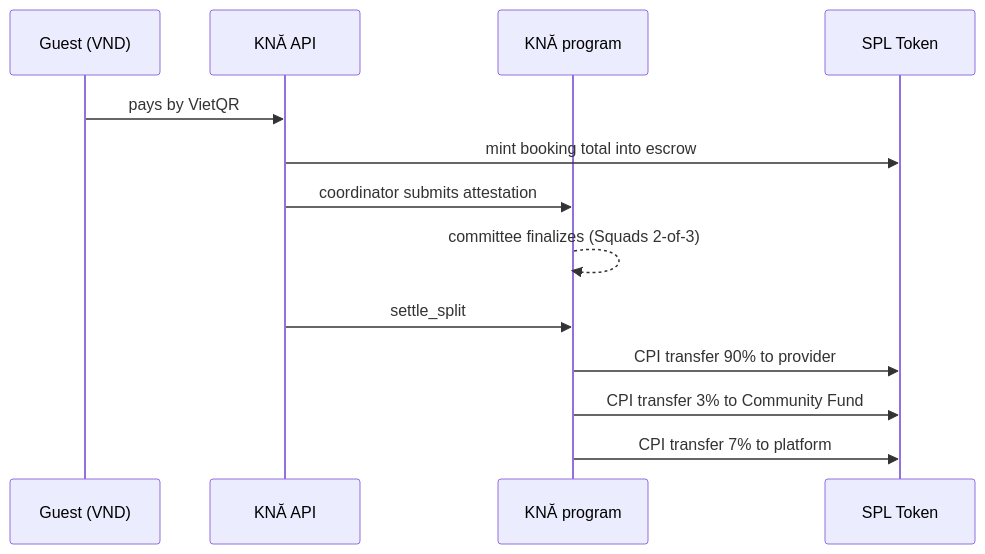
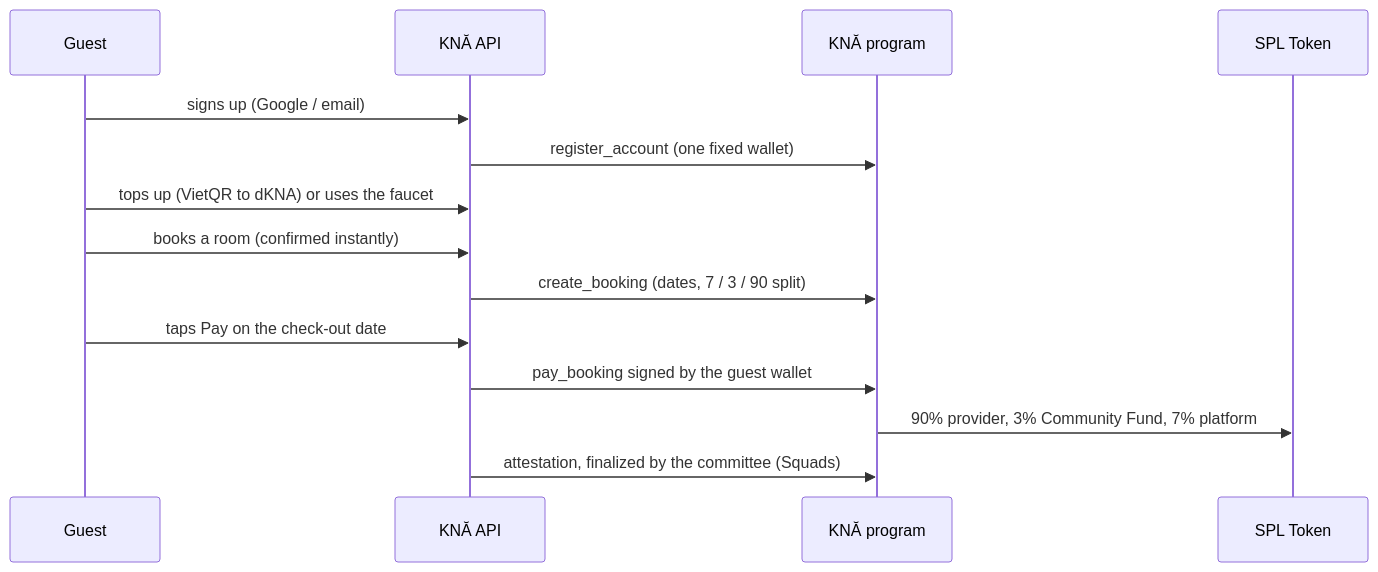
Before and after one commit to diutnh26/kna: the diagram in docs/DEPLOY-TRACK2.md, drawn with Mermaid. The commit also changed other lines of this file and 24 other files, not shown here.

First line of the commit message:
feat(chain): accounts, bookings and payment at check-out replace the escrow

````diff
--- a/docs/DEPLOY-TRACK2.md
+++ b/docs/DEPLOY-TRACK2.md
@@ -51,15 +52,16 @@
 ```mermaid
 sequenceDiagram
-  participant G as Guest (VND)
+  participant U as Guest
   participant A as KNĂ API
   participant P as KNĂ program
   participant T as SPL Token
-  G->>A: pays by VietQR
-  A->>T: mint booking total into escrow
-  A->>P: coordinator submits attestation
-  P-->>P: committee finalizes (Squads 2-of-3)
-  A->>P: settle_split
-  P->>T: CPI transfer 90% to provider
-  P->>T: CPI transfer 3% to Community Fund
-  P->>T: CPI transfer 7% to platform
+  U->>A: signs up (Google / email)
+  A->>P: register_account (one fixed wallet)
+  U->>A: tops up (VietQR to dKNA) or uses the faucet
+  U->>A: books a room (confirmed instantly)
+  A->>P: create_booking (dates, 7 / 3 / 90 split)
+  U->>A: taps Pay on the check-out date
+  A->>P: pay_booking signed by the guest wallet
+  P->>T: 90% provider, 3% Community Fund, 7% platform
+  A->>P: attestation, finalized by the committee (Squads)
 ```
````
